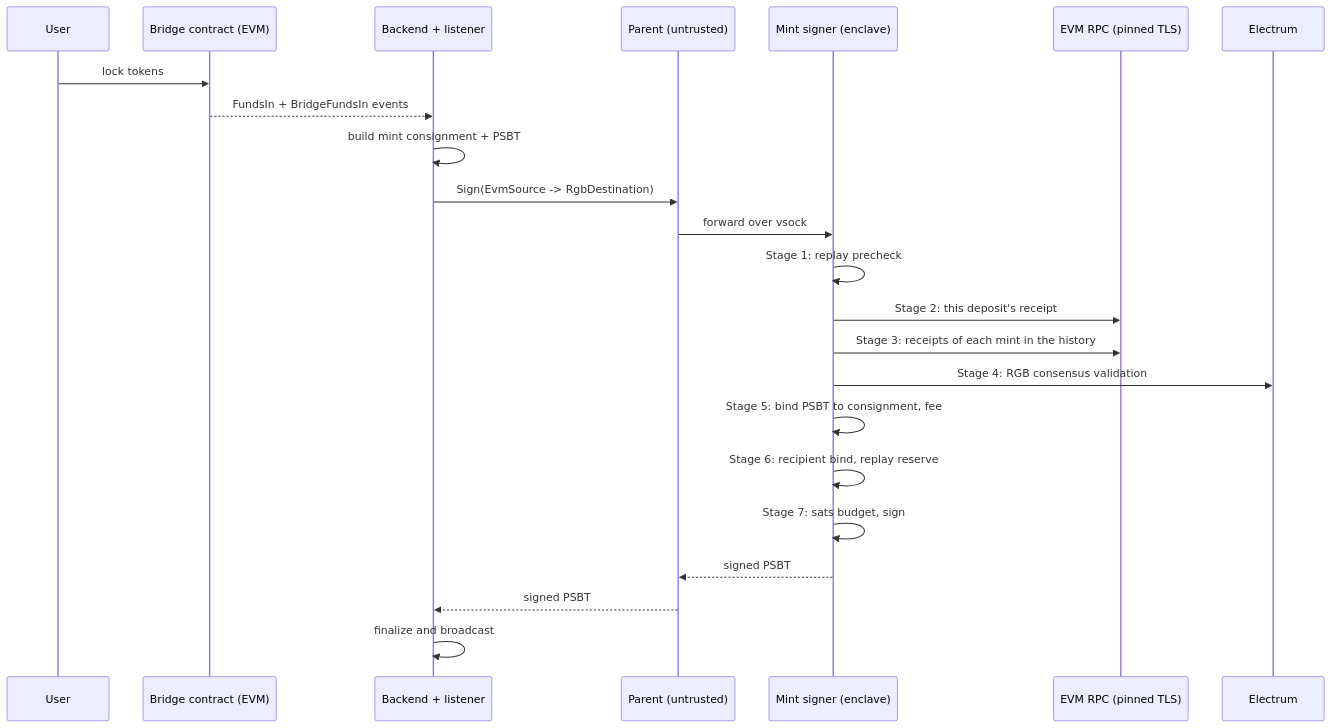
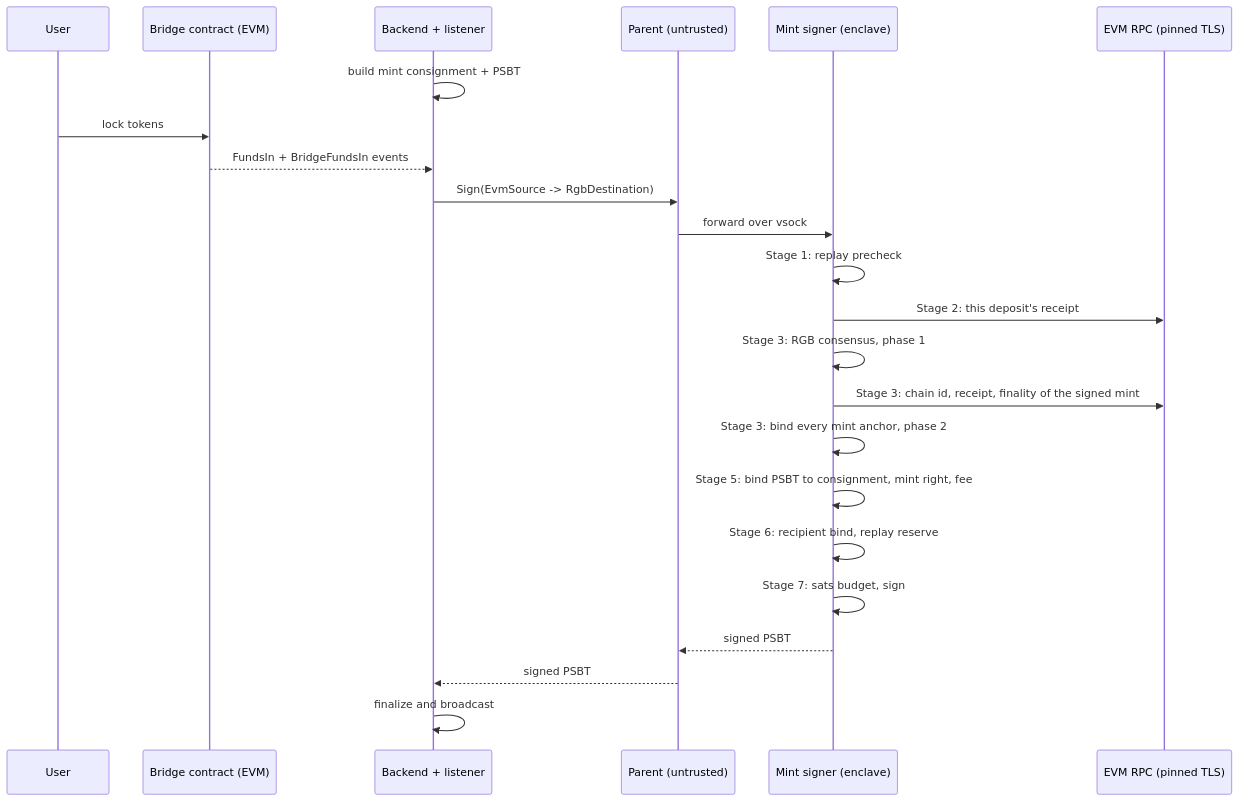
Before and after one commit to UTEXO-Protocol/enclave-signer: the diagram in docs/mint-flow.md, drawn with Mermaid. The commit also changed other lines of this file and 82 other files, not shown here.

````diff
--- a/docs/mint-flow.md
+++ b/docs/mint-flow.md
@@ -43,26 +48,26 @@
 ```mermaid
 sequenceDiagram
     participant U as User
     participant C as Bridge contract (EVM)
     participant L as Backend + listener
     participant P as Parent (untrusted)
     participant E as Mint signer (enclave)
     participant R as EVM RPC (pinned TLS)
-    participant X as Electrum
 
+    L->>L: build mint consignment + PSBT
     U->>C: lock tokens
     C-->>L: FundsIn + BridgeFundsIn events
-    L->>L: build mint consignment + PSBT
     L->>P: Sign(EvmSource -> RgbDestination)
     P->>E: forward over vsock
     E->>E: Stage 1: replay precheck
     E->>R: Stage 2: this deposit's receipt
-    E->>R: Stage 3: receipts of each mint in the history
-    E->>X: Stage 4: RGB consensus validation
-    E->>E: Stage 5: bind PSBT to consignment, fee
+    E->>E: Stage 3: RGB consensus, phase 1
+    E->>R: Stage 3: chain id, receipt, finality of the signed mint
+    E->>E: Stage 3: bind every mint anchor, phase 2
+    E->>E: Stage 5: bind PSBT to consignment, mint right, fee
     E->>E: Stage 6: recipient bind, replay reserve
     E->>E: Stage 7: sats budget, sign
     E-->>P: signed PSBT
     P-->>L: signed PSBT
     L->>L: finalize and broadcast
 ```
````
